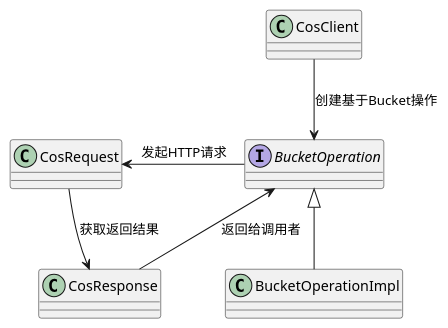
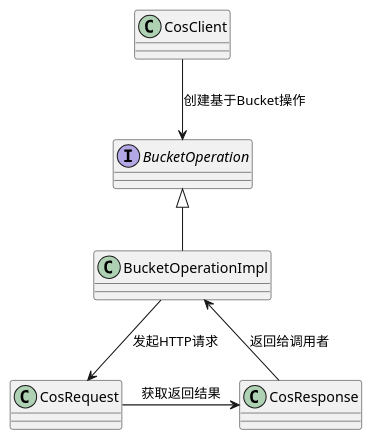
One commit to linux-china/qcloud-cos-java-sdk changed the diagram in src/main/uml/CosSDK-class-diagram.puml. Above: the diagram before and after it, drawn with PlantUML.

Commit message:
minor update

```diff
--- a/src/main/uml/CosSDK-class-diagram.puml
+++ b/src/main/uml/CosSDK-class-diagram.puml
@@ -1,16 +1,16 @@
 @startuml
 
 class CosClient
 interface BucketOperation
 class CosRequest
 class CosResponse
 
 BucketOperation <|-- BucketOperationImpl
 
 CosClient --> BucketOperation: 创建基于Bucket操作
 
-BucketOperation -left-> CosRequest:发起HTTP请求
-CosRequest -down-> CosResponse: 获取返回结果
-BucketOperation <-- CosResponse: 返回给调用者
+BucketOperationImpl --> CosRequest:发起HTTP请求
+CosRequest -right-> CosResponse: 获取返回结果
+BucketOperationImpl <-- CosResponse: 返回给调用者
 
 @enduml
```
